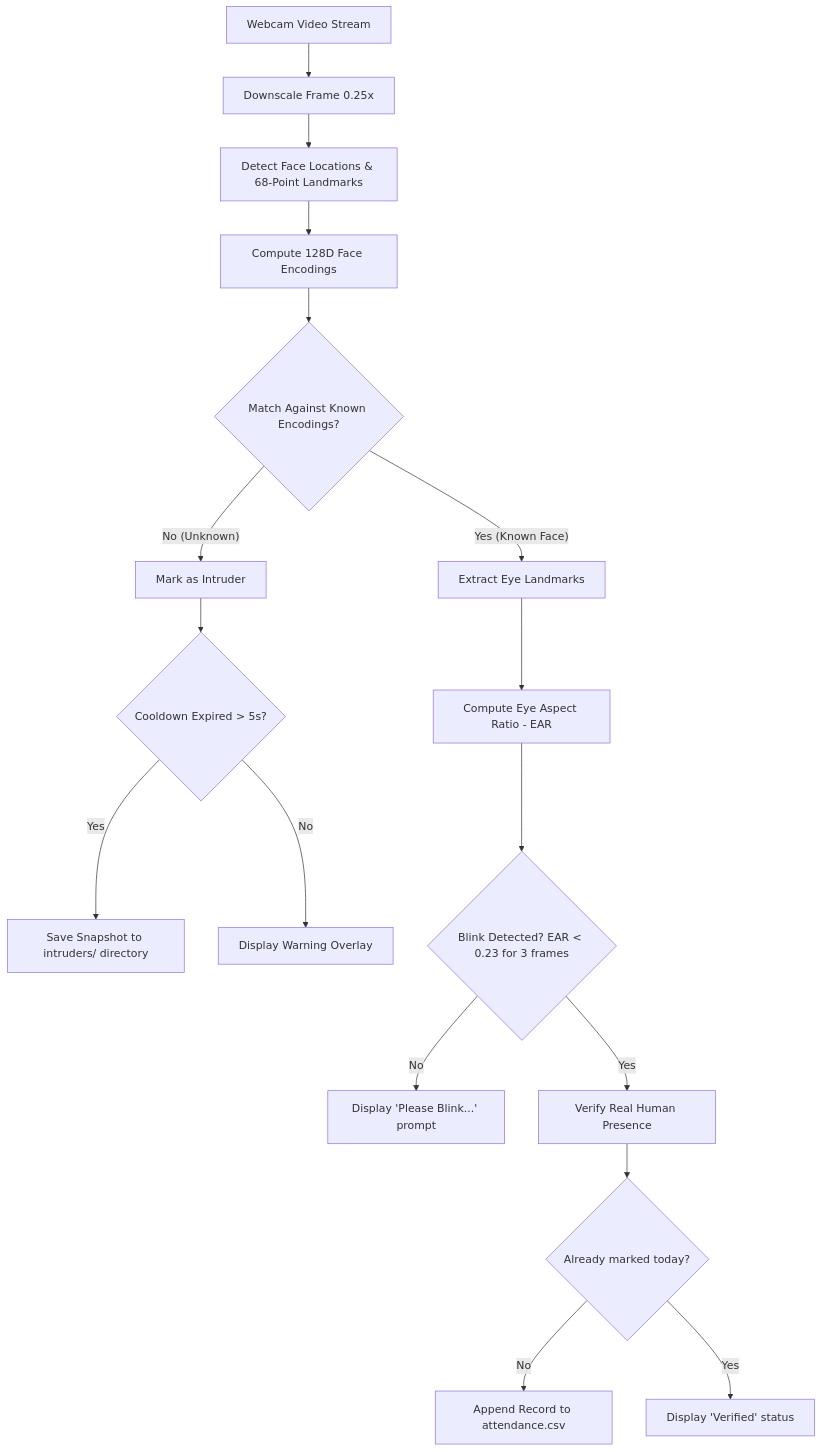
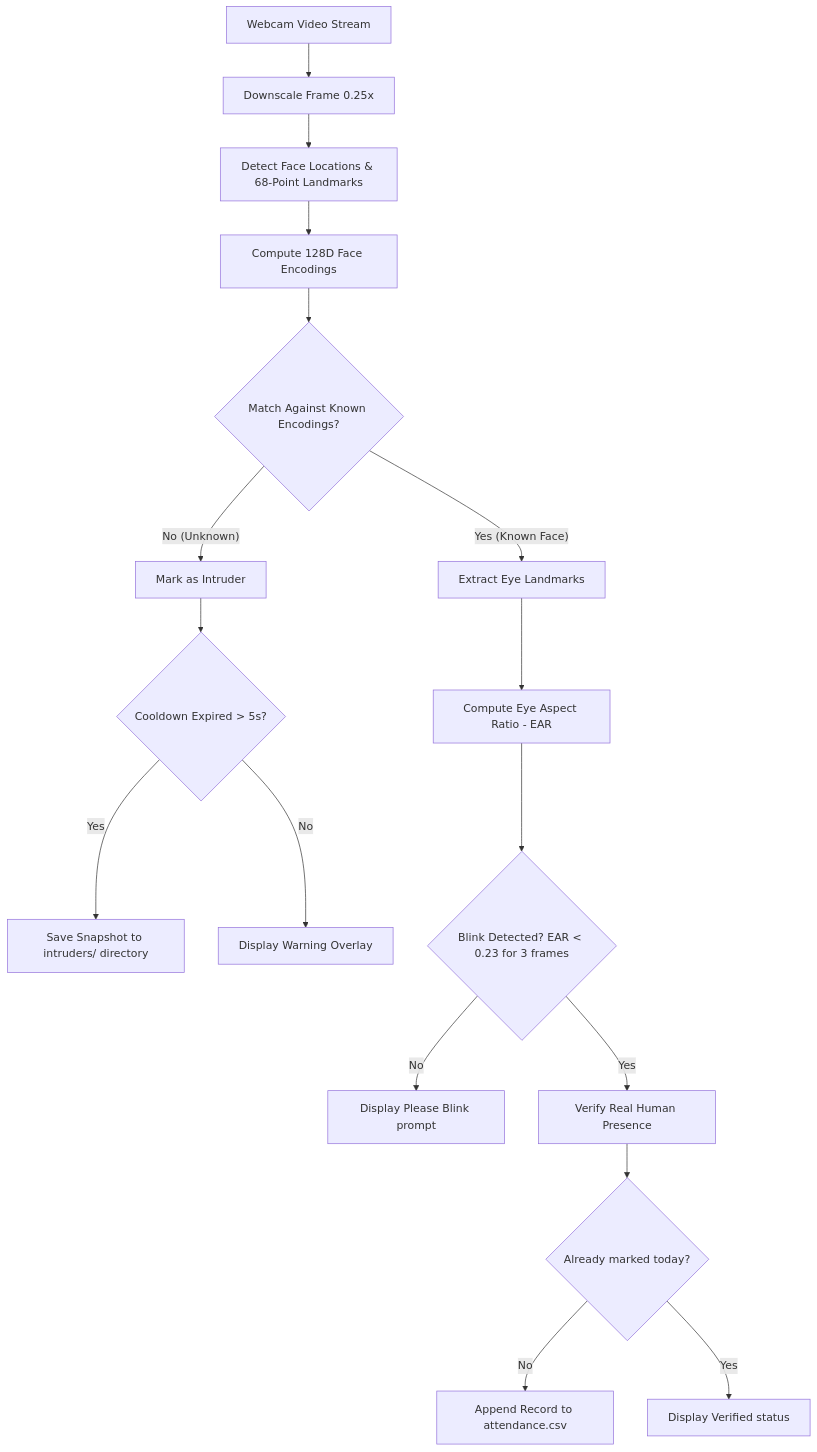
The diagram in README.md (sravan-4103/face_attendance), drawn with Mermaid before and after one commit. The commit also changed other lines of this file and 4 other files, not shown here.

````diff
--- a/README.md
+++ b/README.md
@@ -19,21 +19,21 @@
 ```mermaid
 flowchart TD
     A[Webcam Video Stream] --> B[Downscale Frame 0.25x]
     B --> C[Detect Face Locations & 68-Point Landmarks]
     C --> D[Compute 128D Face Encodings]
     D --> E{Match Against Known Encodings?}
     
     E -- No (Unknown) --> F[Mark as Intruder]
     F --> G{Cooldown Expired > 5s?}
     G -- Yes --> H[Save Snapshot to intruders/ directory]
     G -- No --> I[Display Warning Overlay]
     
     E -- Yes (Known Face) --> J[Extract Eye Landmarks]
     J --> K[Compute Eye Aspect Ratio - EAR]
     K --> L{Blink Detected? EAR < 0.23 for 3 frames}
-    L -- No --> M[Display 'Please Blink...' prompt]
+    L -- No --> M[Display Please Blink prompt]
     L -- Yes --> N[Verify Real Human Presence]
     N --> O{Already marked today?}
     O -- No --> P[Append Record to attendance.csv]
-    O -- Yes --> Q[Display 'Verified' status]
+    O -- Yes --> Q[Display Verified status]
 ```
````
